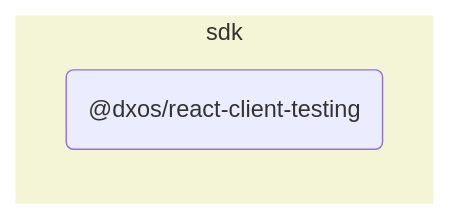
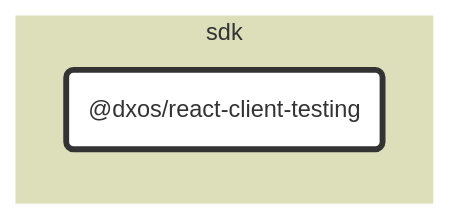
The diagram in packages/sdk/react-client-testing/docs/README.md (dxos/dxos), drawn with Mermaid before and after one commit. The commit also changed other lines of this file and 89 other files, not shown here.

````diff
--- a/packages/sdk/react-client-testing/docs/README.md
+++ b/packages/sdk/react-client-testing/docs/README.md
@@ -5,9 +7,25 @@
 ```mermaid
-flowchart LR;
+%%{ init: {'flowchart':{'curve':'basis'}} }%%
 
+flowchart LR
+
+%% Links
+
+%% Sections
 subgraph sdk
-  style sdk fill:#f4f5d6,stroke:#fff;
-  dxos/react-client-testing("@dxos/react-client-testing");
+  style sdk fill:#dddeba,stroke:#fff;
+
+  dxos/react-client-testing("@dxos/react-client-testing")
 end
 
+
+%% Hyperlinks
+
+%% Styles
+classDef rootNode fill:#fff,stroke:#333,stroke-width:4px
+classDef defaultNode fill:#fff,stroke:#333,stroke-width:1px
+linkStyle default stroke:#333,stroke-width:1px
+
+dxos/react-client-testing:::rootNode
+
 ```
````
